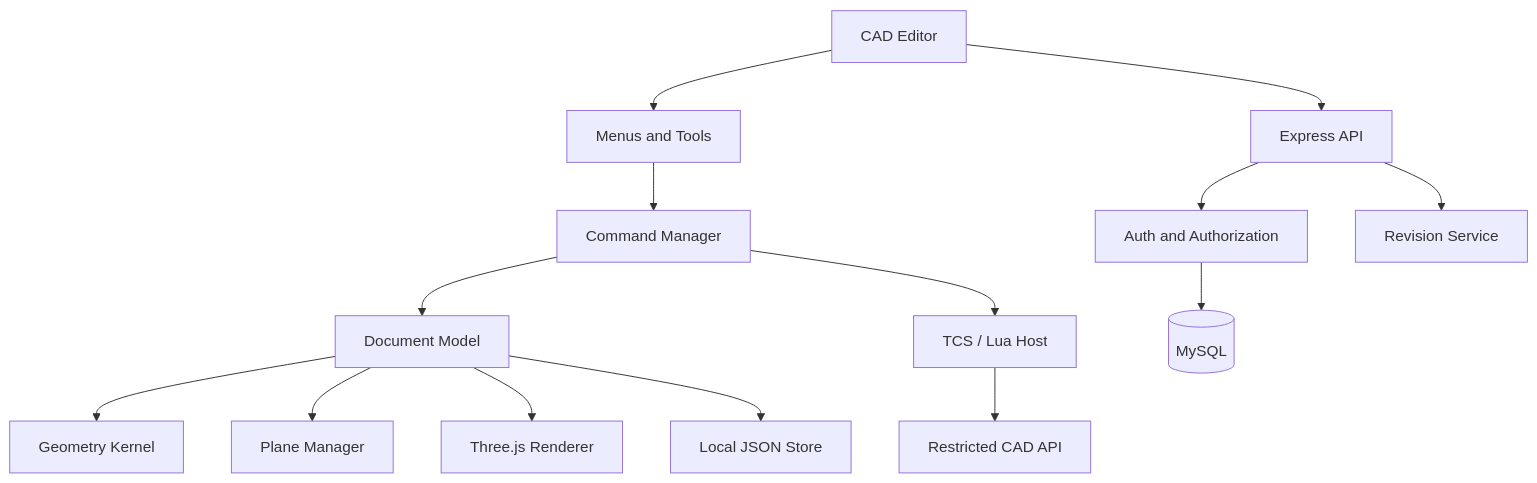
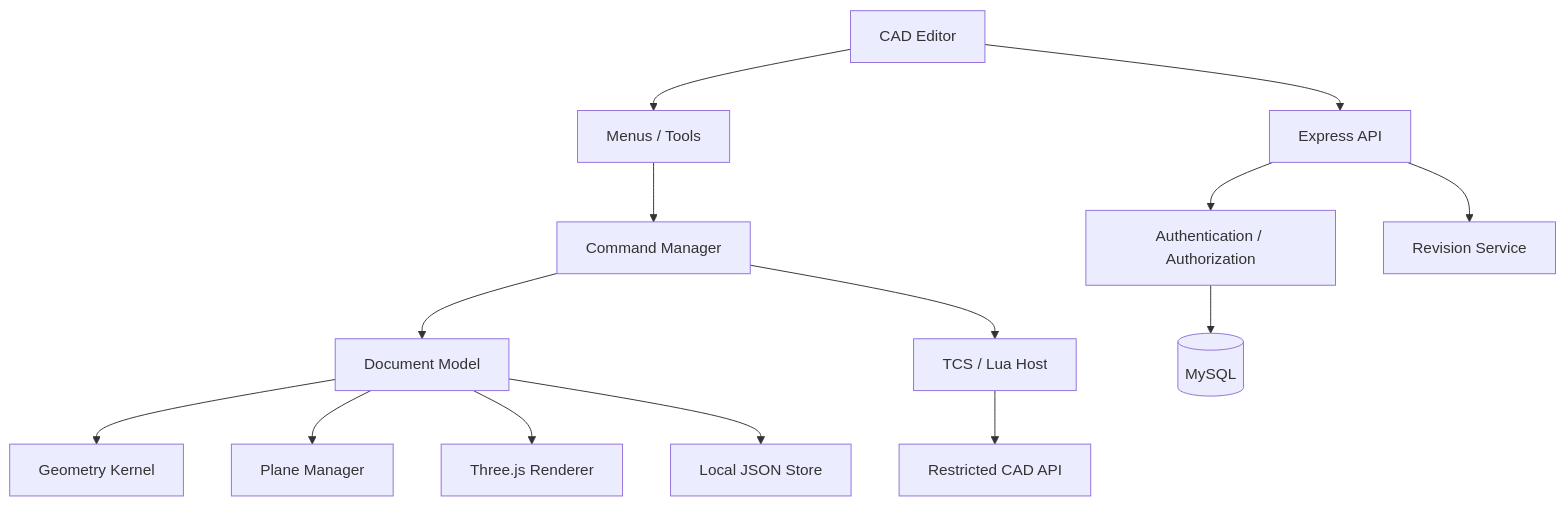
Before and after one commit to ArkansasIo/AutoCAD-typescript-: the diagram in uml/architecture.mmd, drawn with Mermaid.

```diff
--- a/uml/architecture.mmd
+++ b/uml/architecture.mmd
@@ -1,14 +1,14 @@
 flowchart TB
- UI[CAD Editor] --> MENUS[Menus and Tools]
+ UI[CAD Editor] --> MENUS[Menus / Tools]
  MENUS --> CM[Command Manager]
  CM --> DOC[Document Model]
- DOC --> GEO[Geometry Kernel]
- DOC --> PLN[Plane Manager]
- DOC --> R[Three.js Renderer]
- DOC --> LS[Local JSON Store]
+ DOC --> GEOM[Geometry Kernel]
+ DOC --> PLANES[Plane Manager]
+ DOC --> RENDER[Three.js Renderer]
+ DOC --> LOCAL[Local JSON Store]
  CM --> SCRIPT[TCS / Lua Host]
- SCRIPT --> API[Restricted CAD API]
+ SCRIPT --> CADAPI[Restricted CAD API]
  UI --> REST[Express API]
- REST --> AUTH[Auth and Authorization]
+ REST --> AUTH[Authentication / Authorization]
  AUTH --> DB[(MySQL)]
  REST --> REV[Revision Service]
```
